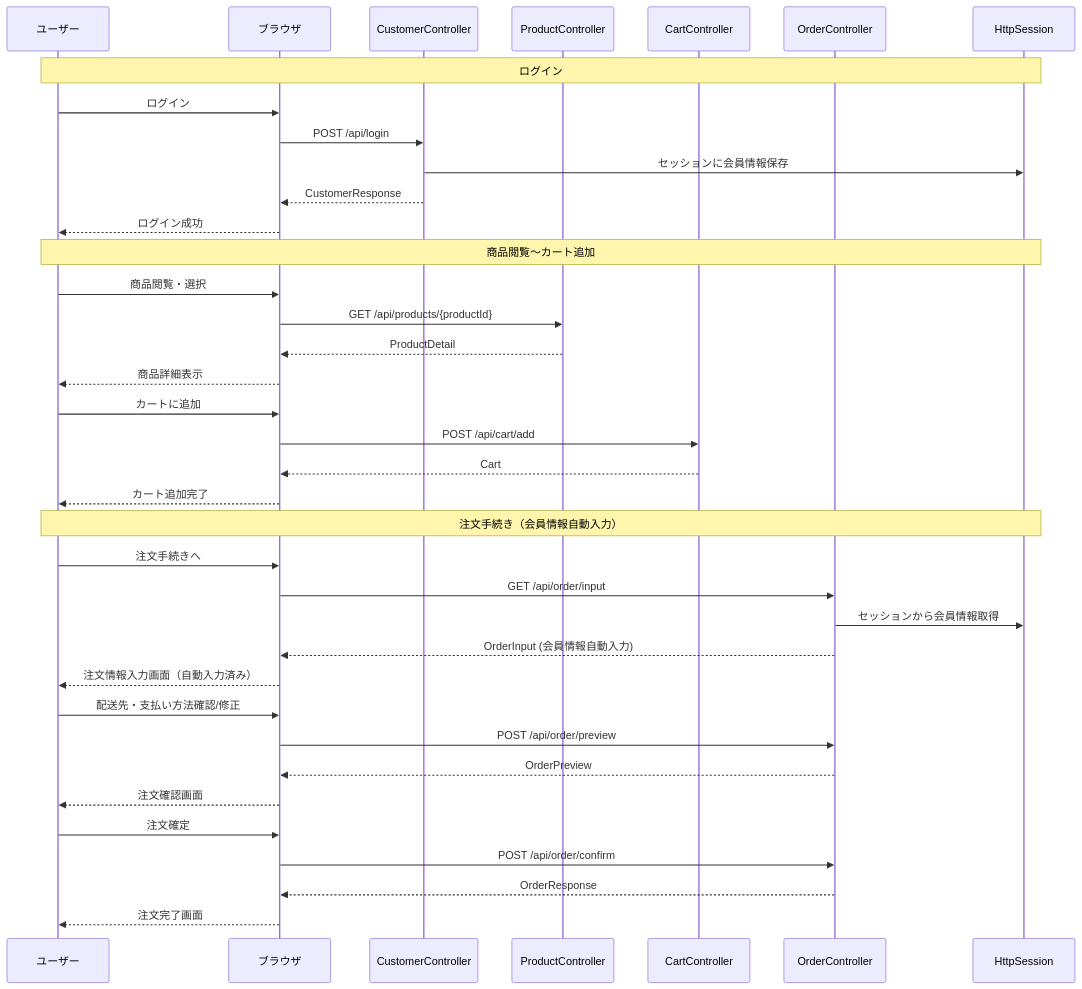
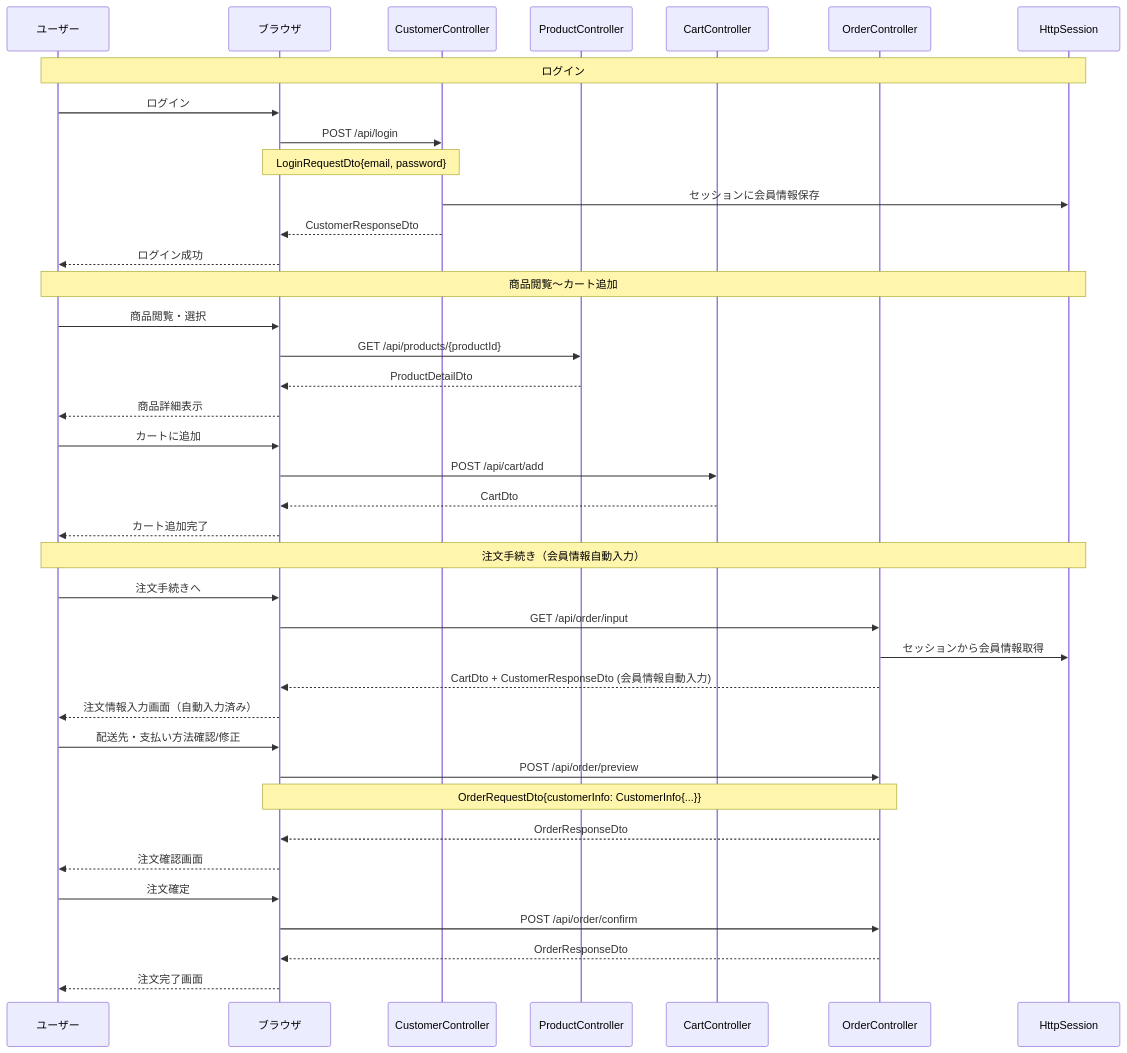
The tenth of 17 diagrams in 詳細設計/3_sequence.md (shogomaeda758/Bacon), drawn with Mermaid before and after one commit. The commit also changed other lines of this file and 2 other files, not shown here.

````diff
--- a/詳細設計/3_sequence.md
+++ b/詳細設計/3_sequence.md
@@ -393,45 +442,47 @@
 ```mermaid
 sequenceDiagram
     participant U as ユーザー
     participant B as ブラウザ
-    participant CC as CustomerController
+    participant CuC as CustomerController
     participant PC as ProductController
-    participant CaC as CartController
+    participant CC as CartController
     participant OC as OrderController
     participant S as HttpSession
 
     Note over U,S: ログイン
     U->>B: ログイン
-    B->>CC: POST /api/login
-    CC->>S: セッションに会員情報保存
-    CC-->>B: CustomerResponse
+    B->>CuC: POST /api/login
+    Note over B,CuC: LoginRequestDto{email, password}
+    CuC->>S: セッションに会員情報保存
+    CuC-->>B: CustomerResponseDto
     B-->>U: ログイン成功
     
     Note over U,S: 商品閲覧〜カート追加
     U->>B: 商品閲覧・選択
     B->>PC: GET /api/products/{productId}
-    PC-->>B: ProductDetail
+    PC-->>B: ProductDetailDto
     B-->>U: 商品詳細表示
     
     U->>B: カートに追加
-    B->>CaC: POST /api/cart/add
-    CaC-->>B: Cart
+    B->>CC: POST /api/cart/add
+    CC-->>B: CartDto
     B-->>U: カート追加完了
     
     Note over U,S: 注文手続き（会員情報自動入力）
     U->>B: 注文手続きへ
     B->>OC: GET /api/order/input
     OC->>S: セッションから会員情報取得
-    OC-->>B: OrderInput (会員情報自動入力)
+    OC-->>B: CartDto + CustomerResponseDto (会員情報自動入力)
     B-->>U: 注文情報入力画面（自動入力済み）
     
     U->>B: 配送先・支払い方法確認/修正
     B->>OC: POST /api/order/preview
-    OC-->>B: OrderPreview
+    Note over B,OC: OrderRequestDto{customerInfo: CustomerInfo{...}}
+    OC-->>B: OrderResponseDto
     B-->>U: 注文確認画面
     
     U->>B: 注文確定
     B->>OC: POST /api/order/confirm
-    OC-->>B: OrderResponse
+    OC-->>B: OrderResponseDto
     B-->>U: 注文完了画面
 ```
````
